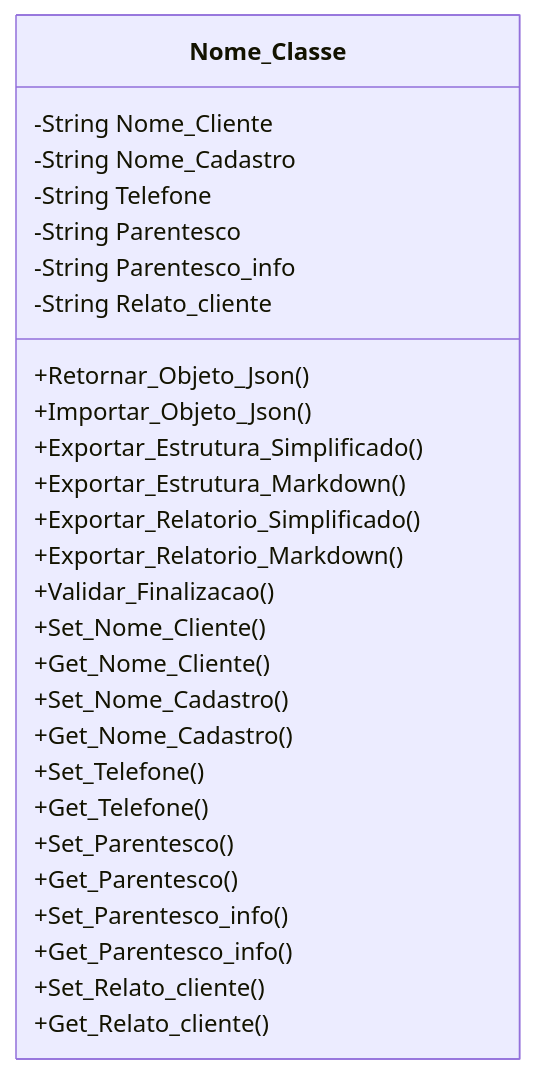
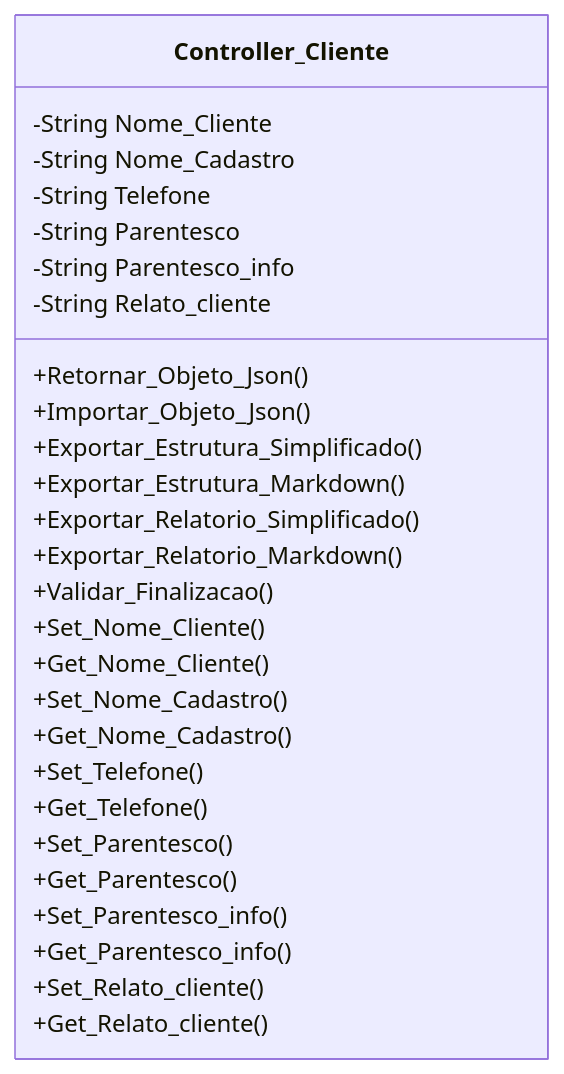
One commit to ETECC-Telecom/ValtObsidian-Script-Moto changed the diagram in DOCUMENTOS/Classe - Cliente.md. Above: the diagram before and after it, drawn with Mermaid. The commit also changed 8 other files, not shown here.

````diff
--- a/DOCUMENTOS/Classe - Cliente.md
+++ b/DOCUMENTOS/Classe - Cliente.md
@@ -43,33 +43,33 @@
 ```mermaid
 classDiagram
-    class Nome_Classe{
+    class Controller_Cliente{
 		-String Nome_Cliente
 		-String Nome_Cadastro
 		-String Telefone
 		-String Parentesco
 		-String Parentesco_info
 		-String Relato_cliente
       
 		+Retornar_Objeto_Json()
 		+Importar_Objeto_Json()
 		+Exportar_Estrutura_Simplificado()
 		+Exportar_Estrutura_Markdown()
 		+Exportar_Relatorio_Simplificado()
 		+Exportar_Relatorio_Markdown()
 		+Validar_Finalizacao()
 		
 		+Set_Nome_Cliente()
 		+Get_Nome_Cliente()
 		+Set_Nome_Cadastro()
 		+Get_Nome_Cadastro()
 		+Set_Telefone()
 		+Get_Telefone()
 		+Set_Parentesco()
 		+Get_Parentesco()
 		+Set_Parentesco_info()
 		+Get_Parentesco_info()
 		+Set_Relato_cliente()
 		+Get_Relato_cliente()
 		
     }
 ```
````
